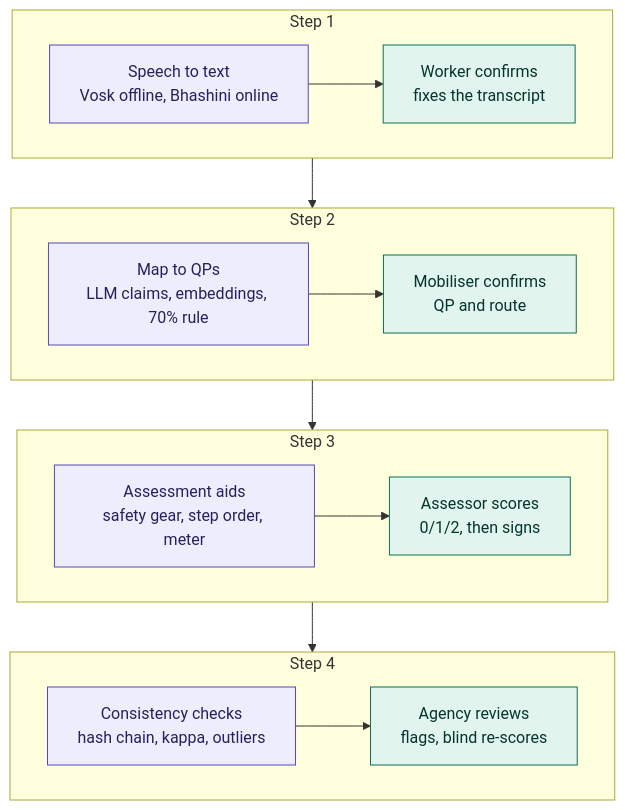
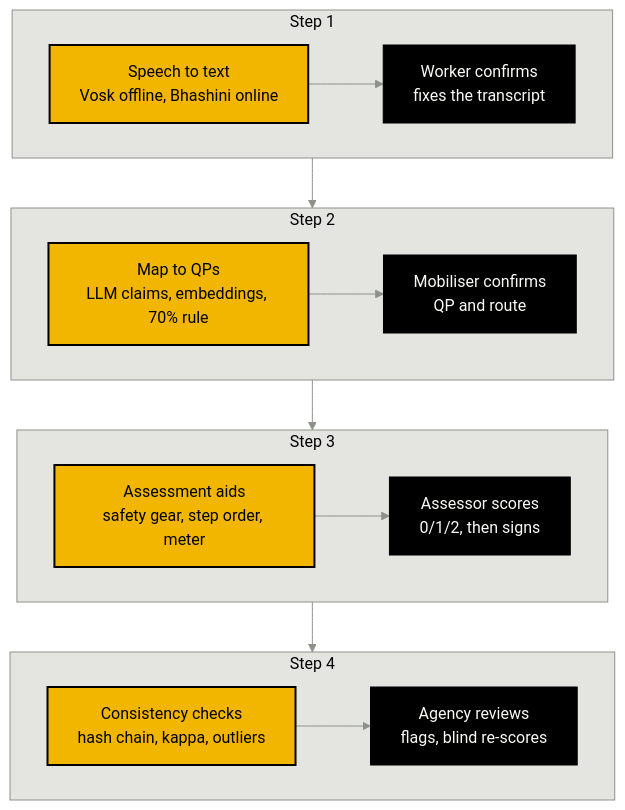
The second of 6 diagrams in README.md (Sameergit23/Hunarparmaan), drawn with Mermaid before and after one commit. The commit also changed other lines of this file and 202 other files, not shown here.

````diff
--- a/README.md
+++ b/README.md
@@ -99,24 +100,25 @@
 ```mermaid
+%%{init: {"theme": "base", "themeVariables": {"primaryColor": "#FAFAF7", "primaryBorderColor": "#8E918A", "primaryTextColor": "#000000", "clusterBkg": "#E4E5E0", "clusterBorder": "#8E918A", "titleColor": "#000000", "lineColor": "#8E918A"}}}%%
 flowchart TB
     subgraph r1["Step 1"]
         direction LR
         a1["Speech to text<br/>Vosk offline, Bhashini online"] --> h1["Worker confirms<br/>fixes the transcript"]
     end
     subgraph r2["Step 2"]
         direction LR
         a2["Map to QPs<br/>LLM claims, embeddings, 70% rule"] --> h2["Mobiliser confirms<br/>QP and route"]
     end
     subgraph r3["Step 3"]
         direction LR
         a3["Assessment aids<br/>safety gear, step order, meter"] --> h3["Assessor scores<br/>0/1/2, then signs"]
     end
     subgraph r4["Step 4"]
         direction LR
         a4["Consistency checks<br/>hash chain, kappa, outliers"] --> h4["Agency reviews<br/>flags, blind re-scores"]
     end
     r1 --> r2 --> r3 --> r4
-    classDef ai fill:#EEEDFE,stroke:#534AB7,color:#26215C
-    classDef human fill:#E1F5EE,stroke:#0F6E56,color:#04342C
+    classDef ai fill:#F2B600,stroke:#000000,stroke-width:2px,color:#000000
+    classDef human fill:#000000,stroke:#000000,color:#FAFAF7
     class a1,a2,a3,a4 ai
     class h1,h2,h3,h4 human
 ```
````
